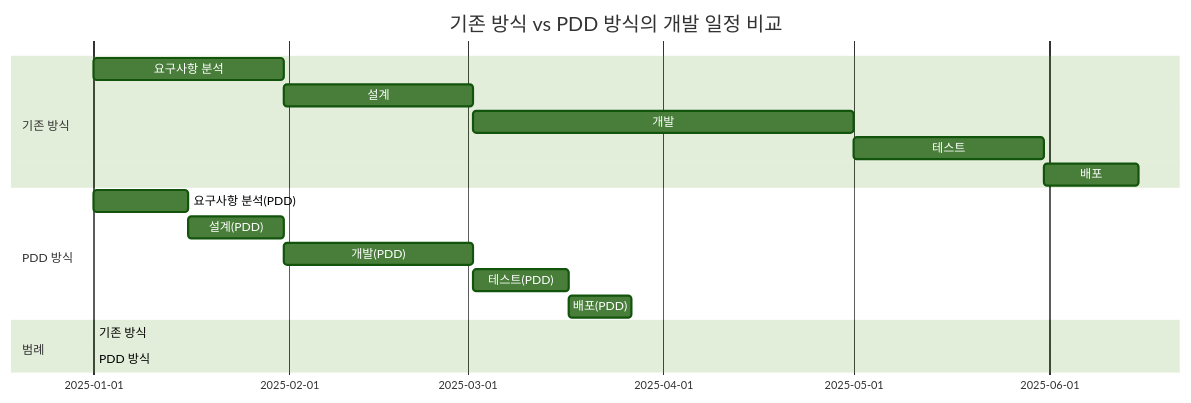
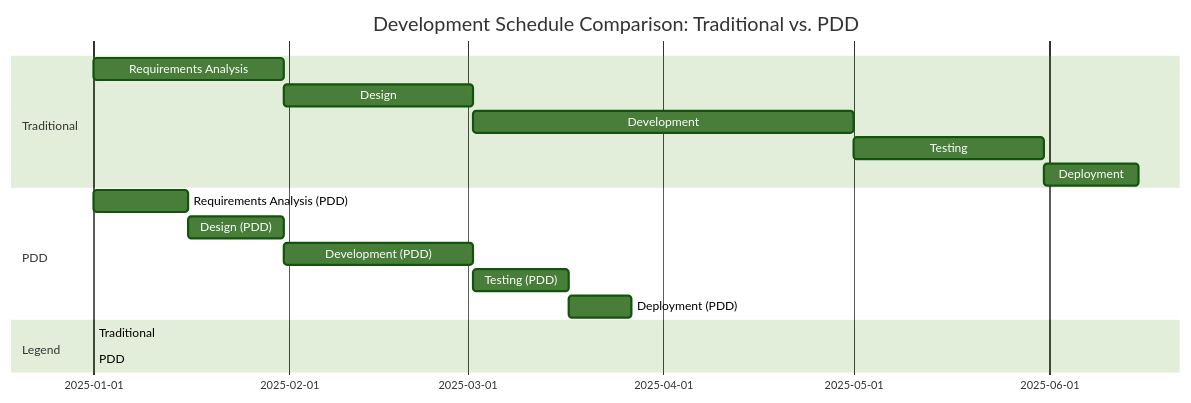
One commit to bbalganjjm/prompt-driven-development changed the first of 3 diagrams in 1.prompt-driven-development-methodology-overview.md. Above: the diagram before and after it, drawn with Mermaid (forest theme). The commit also changed other lines of this file and 4 other files, not shown here.

````diff
--- a/1.prompt-driven-development-methodology-overview.md
+++ b/1.prompt-driven-development-methodology-overview.md
@@ -61,22 +61,21 @@
 ```mermaid
 gantt
-    title 기존 방식 vs PDD 방식의 개발 일정 비교
+    title Development Schedule Comparison: Traditional vs. PDD
     dateFormat  YYYY-MM-DD
-    section 기존 방식
-    요구사항 분석      :a1, 2025-01-01, 30d
-    설계              :a2, after a1, 30d
-    개발              :a3, after a2, 60d
-    테스트            :a4, after a3, 30d
-    배포              :a5, after a4, 15d
-    section PDD 방식
-    요구사항 분석(PDD) :b1, 2025-01-01, 15d
-    설계(PDD)         :b2, after b1, 15d
-    개발(PDD)         :b3, after b2, 30d
-    테스트(PDD)       :b4, after b3, 15d
-    배포(PDD)         :b5, after b4, 10d
-    
-    %% 색상 조정 (더 밝은 색상, 가독성 개선)
-    section 범례
-    기존 방식           :crit, a6, 2025-01-01, 0d
-    PDD 방식           :active, b6, 2025-01-01, 0d
+    section Traditional
+    Requirements Analysis      :a1, 2025-01-01, 30d
+    Design                    :a2, after a1, 30d
+    Development               :a3, after a2, 60d
+    Testing                   :a4, after a3, 30d
+    Deployment                :a5, after a4, 15d
+    section PDD
+    Requirements Analysis (PDD) :b1, 2025-01-01, 15d
+    Design (PDD)               :b2, after b1, 15d
+    Development (PDD)          :b3, after b2, 30d
+    Testing (PDD)              :b4, after b3, 15d
+    Deployment (PDD)           :b5, after b4, 10d
+    %% Color adjustment for contrast and readability
+    section Legend
+    Traditional                :crit, a6, 2025-01-01, 0d
+    PDD                        :active, b6, 2025-01-01, 0d
 ```
````
